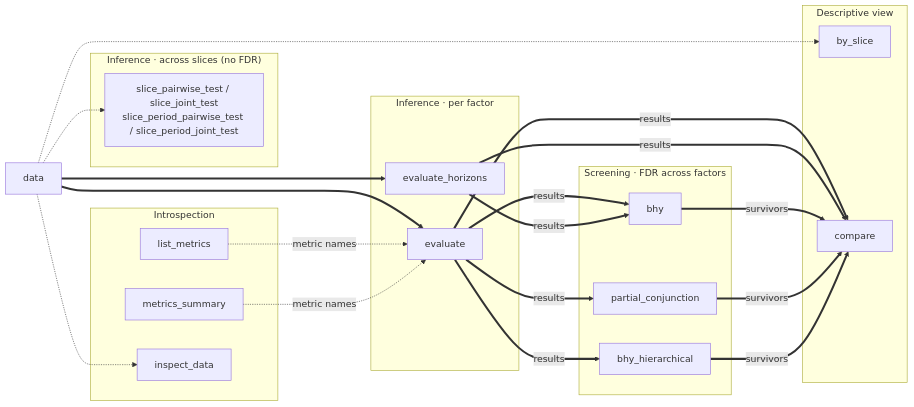
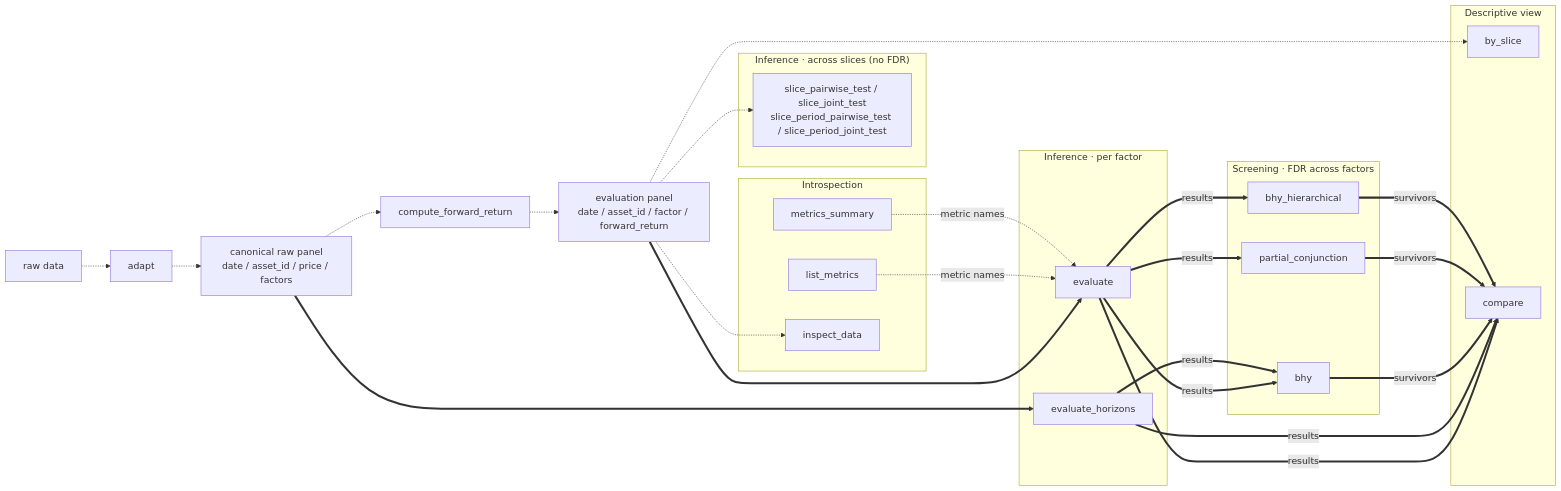
Before and after one commit to awwesomeman/factrix: the diagram in docs/api/index.md, drawn with Mermaid. The commit also changed other lines of this file and 2 other files, not shown here.

Commit message:
docs(preprocess): document adapt data preparation (#727)

````diff
--- a/docs/api/index.md
+++ b/docs/api/index.md
@@ -9,59 +9,69 @@
 ```mermaid
 flowchart LR
-    P[data]
+    R[raw data]
+    AD[adapt]
+    C["canonical raw panel<br/>date / asset_id / price / factors"]
+    FR[compute_forward_return]
+    P["evaluation panel<br/>date / asset_id / factor / forward_return"]
 
     subgraph PerFactor["Inference · per factor"]
         EV[evaluate]
         EVH[evaluate_horizons]
     end
 
     subgraph Screening["Screening · FDR across factors"]
         BHY[bhy]
         PC[partial_conjunction]
         BHYH[bhy_hierarchical]
     end
 
     subgraph Slices["Inference · across slices (no FDR)"]
         ST["slice_pairwise_test / slice_joint_test<br/>slice_period_pairwise_test / slice_period_joint_test"]
     end
 
     subgraph View["Descriptive view"]
         BS[by_slice]
         CMP[compare]
     end
 
     subgraph Introspection
         LM[list_metrics]
         MS[metrics_summary]
         ID[inspect_data]
     end
 
+    R -.-> AD
+    AD -.-> C
+    C -.-> FR
+    FR -.-> P
     P ==> EV
-    P ==> EVH
+    C ==> EVH
     P -.-> BS
     P -.-> ST
     P -.-> ID
     EV ==>|results| BHY
     EV ==>|results| PC
     EV ==>|results| BHYH
     EV ==>|results| CMP
     EVH ==>|results| BHY
     EVH ==>|results| CMP
     BHY ==>|survivors| CMP
     PC ==>|survivors| CMP
     BHYH ==>|survivors| CMP
     LM -.->|metric names| EV
     MS -.->|metric names| EV
 
+    click AD "preprocess/#factrix.adapt.adapt" "adapt API"
+    click FR "preprocess/#factrix.preprocess.compute_forward_return" "compute_forward_return API"
     click EV "evaluate/" "evaluate API"
     click EVH "multi-horizon/" "evaluate_horizons API"
     click BS "by-slice/" "by_slice API"
     click ST "slice-test/" "slice tests — cross-sectional + period-disjoint API"
     click BHY "multi-factor/" "bhy API"
     click PC "partial-conjunction/" "partial_conjunction API"
     click BHYH "bhy-hierarchical/" "bhy_hierarchical API"
     click LM "metrics/#factrix.list_metrics" "list_metrics API"
     click MS "metrics/#factrix.metrics_summary" "metrics_summary API"
     click CMP "compare/" "compare API"
     click ID "inspect-data/" "inspect_data API"
 ```
````
